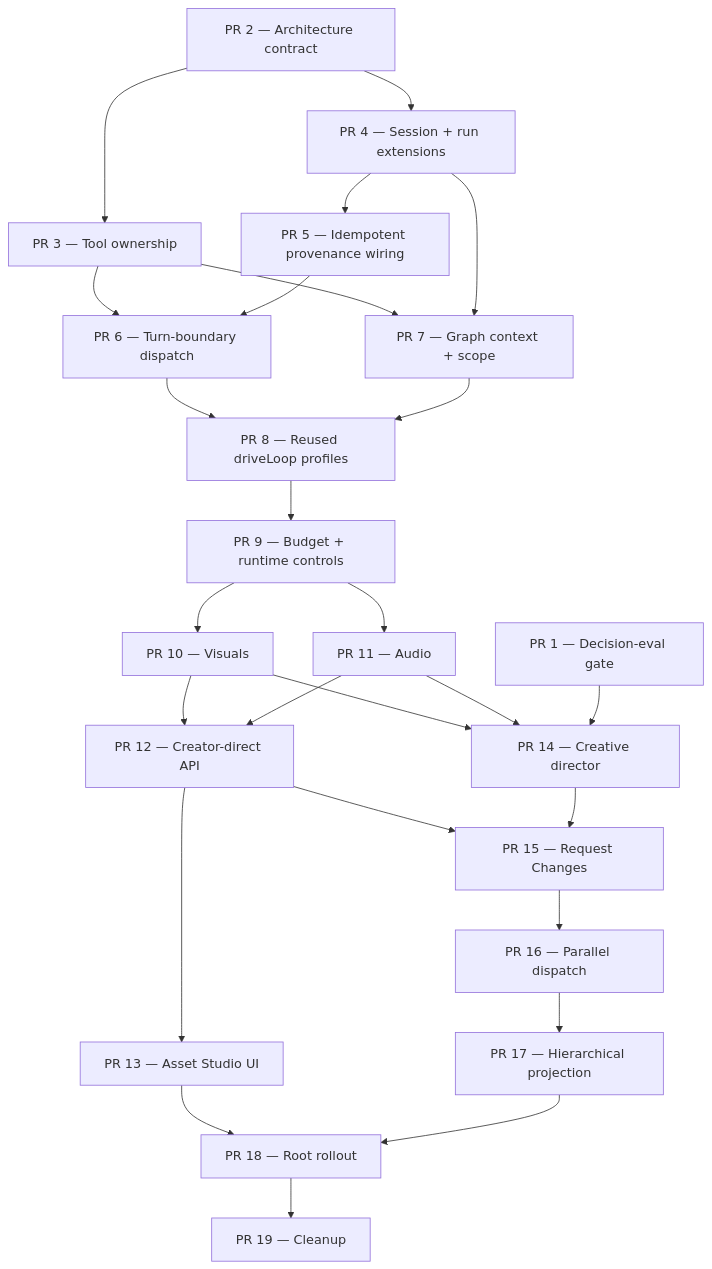
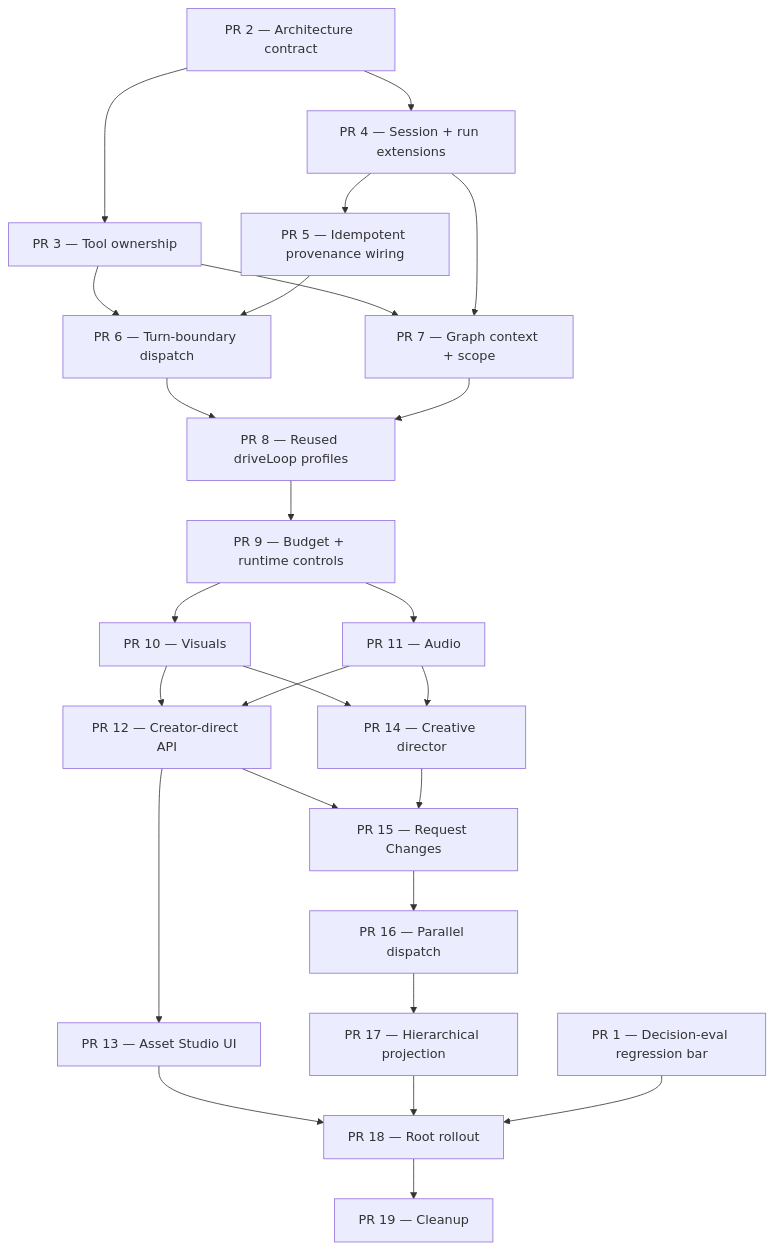
One commit to kmgrassi/PopcornReady changed the second of 2 diagrams in docs/scopes/specialist-agent-orchestration-prs.md. Above: the diagram before and after it, drawn with Mermaid. The commit also changed other lines of this file, not shown here.

First line of the commit message:
docs: move PR 1 eval dependency from PR 14 to PR 18 in dependency map

````diff
--- a/docs/scopes/specialist-agent-orchestration-prs.md
+++ b/docs/scopes/specialist-agent-orchestration-prs.md
@@ -656,30 +656,30 @@
 ```mermaid
 flowchart TD
-  P1["PR 1 — Decision-eval gate"]
+  P1["PR 1 — Decision-eval regression bar"]
   P2["PR 2 — Architecture contract"]
   P2 --> P3["PR 3 — Tool ownership"]
   P2 --> P4["PR 4 — Session + run extensions"]
   P4 --> P5["PR 5 — Idempotent provenance wiring"]
   P3 --> P6["PR 6 — Turn-boundary dispatch"]
   P5 --> P6
   P3 --> P7["PR 7 — Graph context + scope"]
   P4 --> P7
   P6 --> P8["PR 8 — Reused driveLoop profiles"]
   P7 --> P8
   P8 --> P9["PR 9 — Budget + runtime controls"]
   P9 --> P10["PR 10 — Visuals"]
   P9 --> P11["PR 11 — Audio"]
   P10 --> P12["PR 12 — Creator-direct API"]
   P11 --> P12
   P12 --> P13["PR 13 — Asset Studio UI"]
   P10 --> P14["PR 14 — Creative director"]
   P11 --> P14
-  P1 --> P14
   P12 --> P15["PR 15 — Request Changes"]
   P14 --> P15
   P15 --> P16["PR 16 — Parallel dispatch"]
   P16 --> P17["PR 17 — Hierarchical projection"]
   P13 --> P18["PR 18 — Root rollout"]
   P17 --> P18
+  P1 --> P18
   P18 --> P19["PR 19 — Cleanup"]
 ```
````
